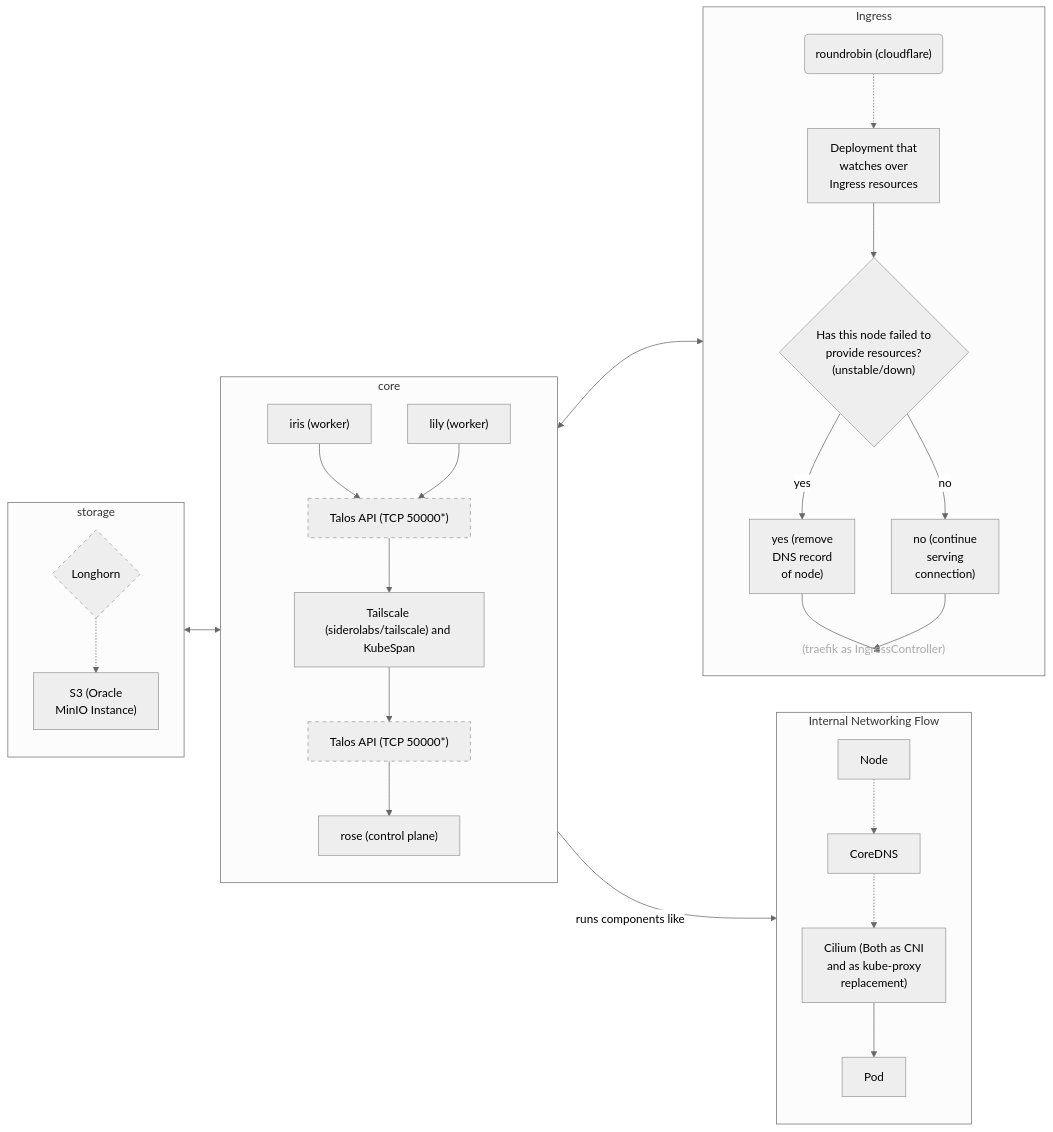
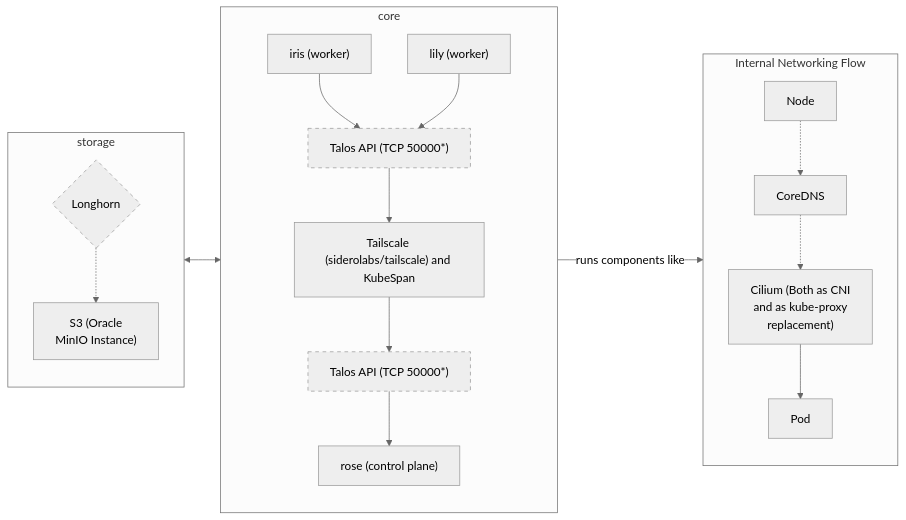
Before and after one commit to bouquet2/bouquet2: the diagram in README.md, drawn with Mermaid (neutral theme).

Commit message:
[skip ci] Update README.md graph to remove shit we haven't implemented

````diff
--- a/README.md
+++ b/README.md
@@ -90,72 +90,53 @@
 ```mermaid
 graph LR
     classDef dashed stroke-dasharray: 5 5, stroke-width:1px
     %% User Context:
     %% 1. [2025-04-10]. User knows Ansible
     %% - All nodes run Talos Linux
     %% - Will be multi-cloud
     %% - Will be expandable
     %% - hopefully be reproducible (fingers crossed)
     %% - velero might not happen depends on my wallet idk
 
     subgraph Core [core]
         direction TB
         core_rose["rose (control plane)"]
         core_talos_api_up["Talos API (TCP 50000*)"]:::dashed
         core_tailscale["Tailscale (siderolabs/tailscale) and KubeSpan"]
         core_talos_api_down["Talos API (TCP 50000*)"]:::dashed
         core_iris["iris (worker)"]
         core_lily["lily (worker)"]
         core_iris --> core_talos_api_down
         core_lily --> core_talos_api_down
         core_talos_api_down --> core_tailscale
         core_tailscale --> core_talos_api_up
         core_talos_api_up --> core_rose
     end
 
     subgraph Storage [storage]
         direction TB
         storage_longhorn{"Longhorn"}:::dashed
         %% Kept Longhorn as per original chart text
         storage_s3["S3 (Oracle<br>MinIO Instance)"]
         storage_longhorn -.-> storage_s3
     end
 
-    subgraph Ingress
-        direction TB
-        ingress_rr("roundrobin (cloudflare)")
-        ingress_watcher["Deployment that<br>watches over<br>Ingress resources"]
-        ingress_check{"Has this node failed to<br>provide resources?<br>(unstable/down)"}
-        ingress_yes["yes (remove<br>DNS record<br>of node)"]
-        ingress_no["no (continue<br>serving<br>connection)"]
-        ingress_note(["(traefik as IngressController)"])
-        style ingress_note fill:none,stroke:none,color:#aaa
-        %% Make note less prominent
-        ingress_rr -.-> ingress_watcher
-        ingress_watcher --> ingress_check
-        ingress_check -- yes --> ingress_yes
-        ingress_check -- no --> ingress_no
-        %% Place note loosely after decision
-        ingress_yes --> ingress_note
-        ingress_no --> ingress_note
-    end
 
     subgraph InternalNetworking [Internal Networking Flow]
         direction TB
         int_net_node[Node]
         int_net_coredns[CoreDNS]
         int_net_cilium["Cilium (Both as CNI<br>and as kube-proxy<br>replacement)"]
         int_net_pod[Pod]
         %% Use dashed lines for first two hops as in the source image
         int_net_node -.-> int_net_coredns
         int_net_coredns -.-> int_net_cilium
         %% Use solid line for the last hop as in the source image
         int_net_cilium --> int_net_pod
     end
 
     %% Connections between subgraphs
     Storage <--> Core
-    Core <--> Ingress
     %% Show that Internal Networking runs *within* the Core nodes and relates to Pods
     Core -- "runs components like" --> InternalNetworking
 ```
````
